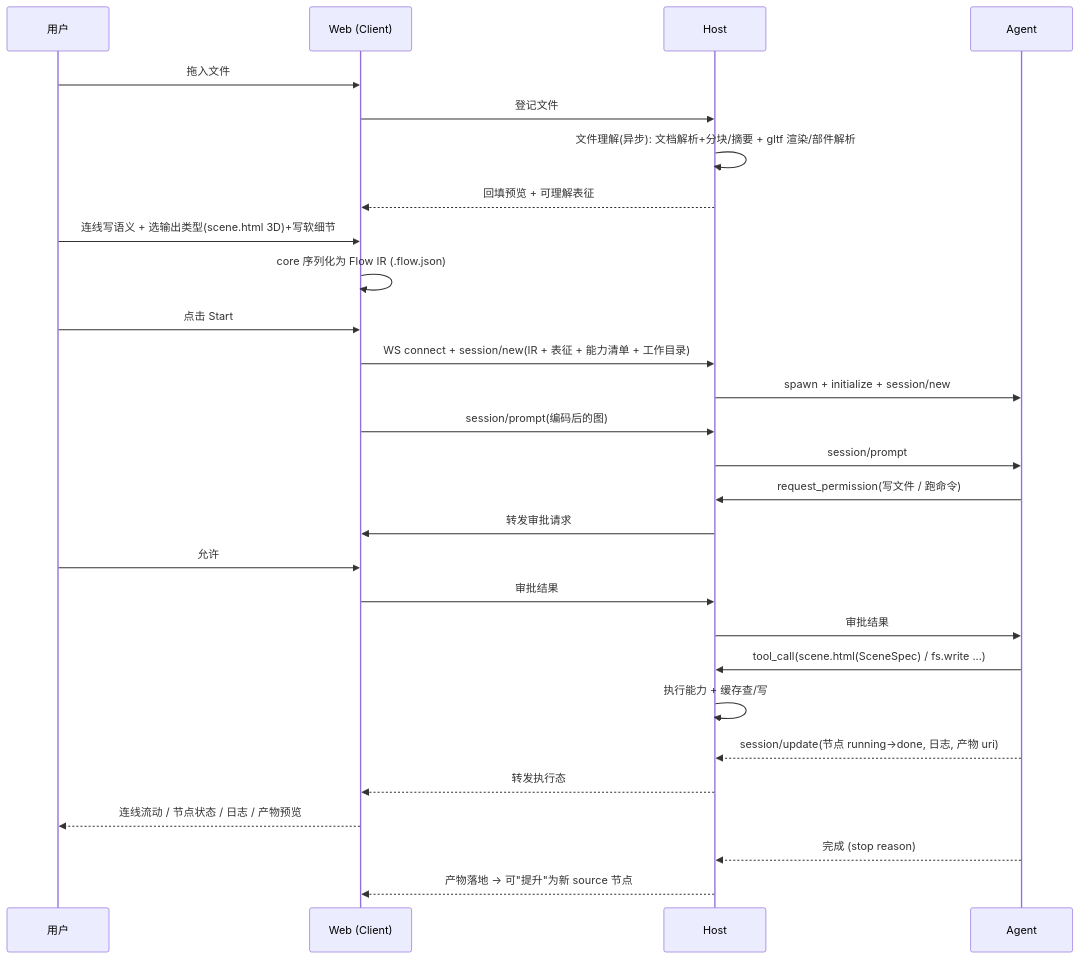
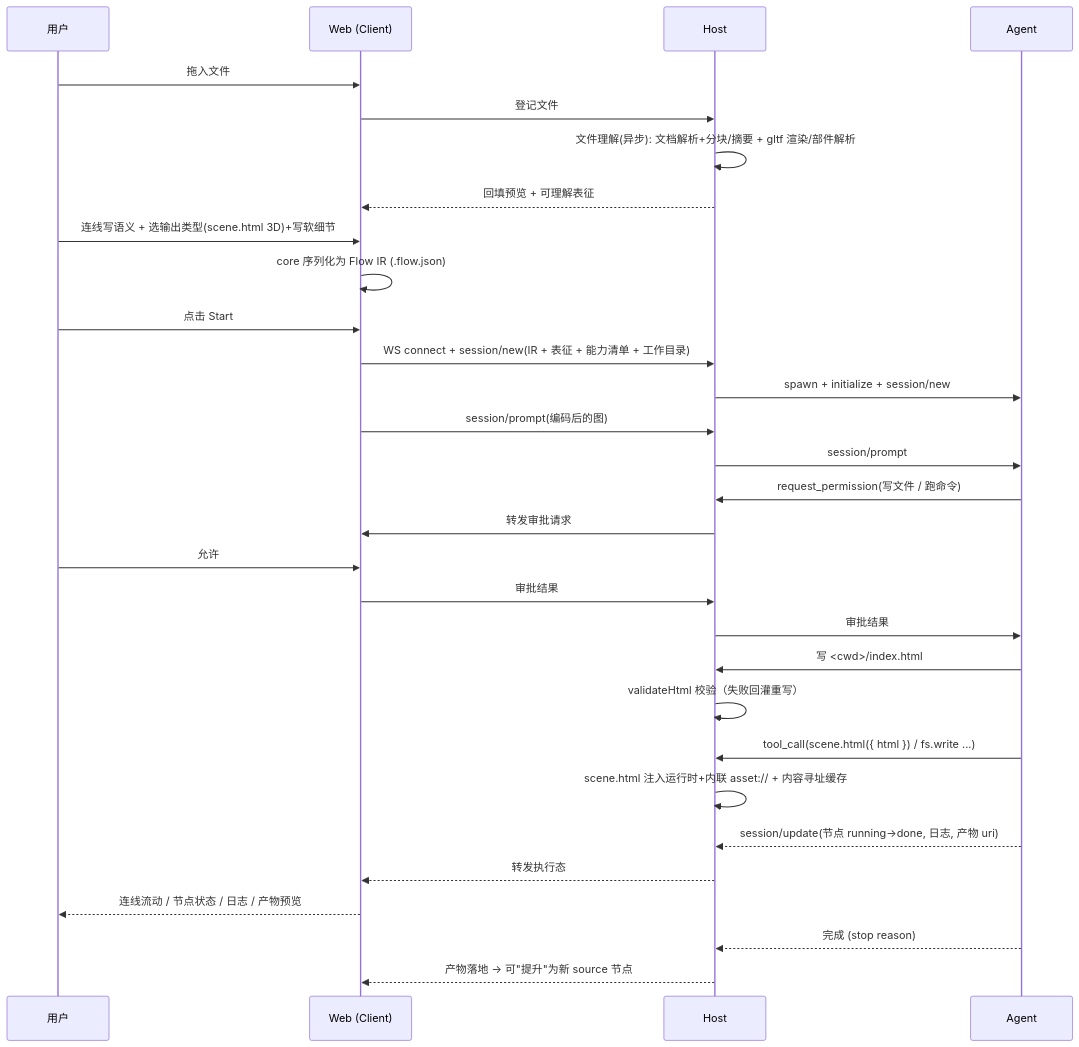
One commit to creativedswork/DSWeave changed the third of 5 diagrams in docs/01-architecture.md. Above: the diagram before and after it, drawn with Mermaid. The commit also changed other lines of this file and 6 other files, not shown here.

````diff
--- a/docs/01-architecture.md
+++ b/docs/01-architecture.md
@@ -119,31 +118,33 @@
 ```mermaid
 sequenceDiagram
   participant U as 用户
   participant W as Web (Client)
   participant H as Host
   participant A as Agent
 
   U->>W: 拖入文件
   W->>H: 登记文件
   H->>H: 文件理解(异步): 文档解析+分块/摘要 + gltf 渲染/部件解析
   H-->>W: 回填预览 + 可理解表征
   U->>W: 连线写语义 + 选输出类型(scene.html 3D)+写软细节
   W->>W: core 序列化为 Flow IR (.flow.json)
   U->>W: 点击 Start
   W->>H: WS connect + session/new(IR + 表征 + 能力清单 + 工作目录)
   H->>A: spawn + initialize + session/new
   W->>H: session/prompt(编码后的图)
   H->>A: session/prompt
   A->>H: request_permission(写文件 / 跑命令)
   H->>W: 转发审批请求
   U->>W: 允许
   W->>H: 审批结果
   H->>A: 审批结果
-  A->>H: tool_call(scene.html(SceneSpec) / fs.write ...) 
-  H->>H: 执行能力 + 缓存查/写
+  A->>H: 写 <cwd>/index.html
+  H->>H: validateHtml 校验（失败回灌重写）
+  A->>H: tool_call(scene.html({ html }) / fs.write ...)
+  H->>H: scene.html 注入运行时+内联 asset:// + 内容寻址缓存
   A-->>H: session/update(节点 running→done, 日志, 产物 uri)
   H-->>W: 转发执行态
   W-->>U: 连线流动 / 节点状态 / 日志 / 产物预览
   A-->>H: 完成 (stop reason)
   H-->>W: 产物落地 → 可"提升"为新 source 节点
 ```
````
